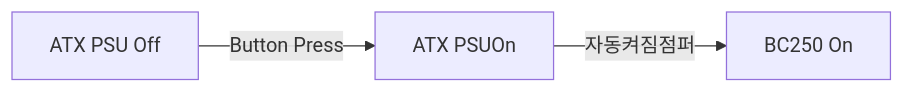
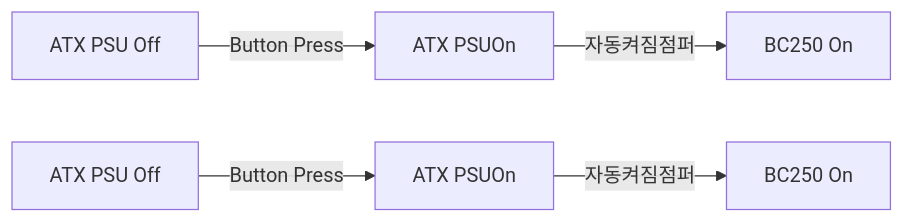
The first of 2 diagrams in README.md (coolsolgit/BC250-ATX-PSU-Control), drawn with Mermaid before and after one commit.

Commit message:
Update README with new flowchart for power states
Added additional flowchart for ATX PSU and BC250.

````diff
--- a/README.md
+++ b/README.md
@@ -23,5 +23,8 @@
 ```mermaid
 flowchart LR
   A[ATX PSU Off] -->|Button Press| B[ATX PSUOn]
   B -->|자동켜짐점퍼| C[BC250 On]
+D[ATX PSU Off] -->|Button Press| E[ATX PSUOn]
+  E -->|자동켜짐점퍼| F[BC250 On]
+
 ```
````
